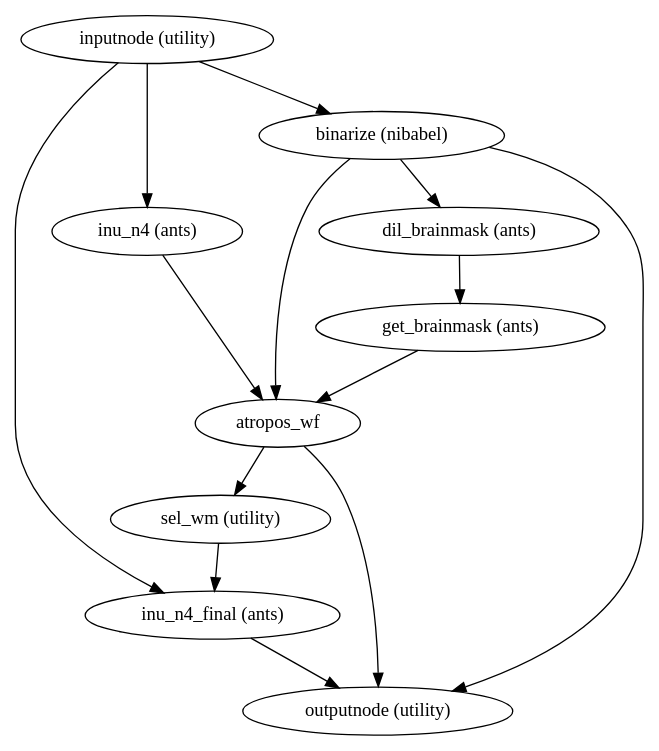
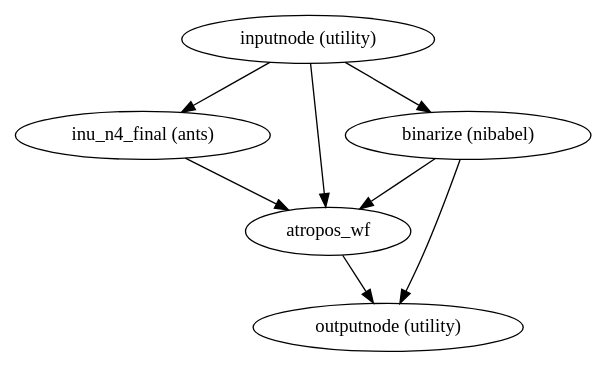
The diagram in 1.0.4/wf_directive/api/n4_only_wf/niworkflows-anat-ants-3.dot (notZaki/niworkflows), drawn with Graphviz before and after one commit. The commit also changed 9539 other files, not shown here.

```diff
--- a/1.0.4/wf_directive/api/n4_only_wf/niworkflows-anat-ants-3.dot
+++ b/1.0.4/wf_directive/api/n4_only_wf/niworkflows-anat-ants-3.dot
@@ -1,24 +1,14 @@
 strict digraph  {
 "inputnode (utility)";
 "inu_n4_final (ants)";
 "binarize (nibabel)";
-"inu_n4 (ants)";
+atropos_wf;
 "outputnode (utility)";
-atropos_wf;
-"dil_brainmask (ants)";
-"sel_wm (utility)";
-"get_brainmask (ants)";
 "inputnode (utility)" -> "inu_n4_final (ants)";
 "inputnode (utility)" -> "binarize (nibabel)";
-"inputnode (utility)" -> "inu_n4 (ants)";
-"inu_n4_final (ants)" -> "outputnode (utility)";
+"inputnode (utility)" -> atropos_wf;
+"inu_n4_final (ants)" -> atropos_wf;
 "binarize (nibabel)" -> "outputnode (utility)";
 "binarize (nibabel)" -> atropos_wf;
-"binarize (nibabel)" -> "dil_brainmask (ants)";
-"inu_n4 (ants)" -> atropos_wf;
-atropos_wf -> "sel_wm (utility)";
 atropos_wf -> "outputnode (utility)";
-"dil_brainmask (ants)" -> "get_brainmask (ants)";
-"sel_wm (utility)" -> "inu_n4_final (ants)";
-"get_brainmask (ants)" -> atropos_wf;
 }
```
